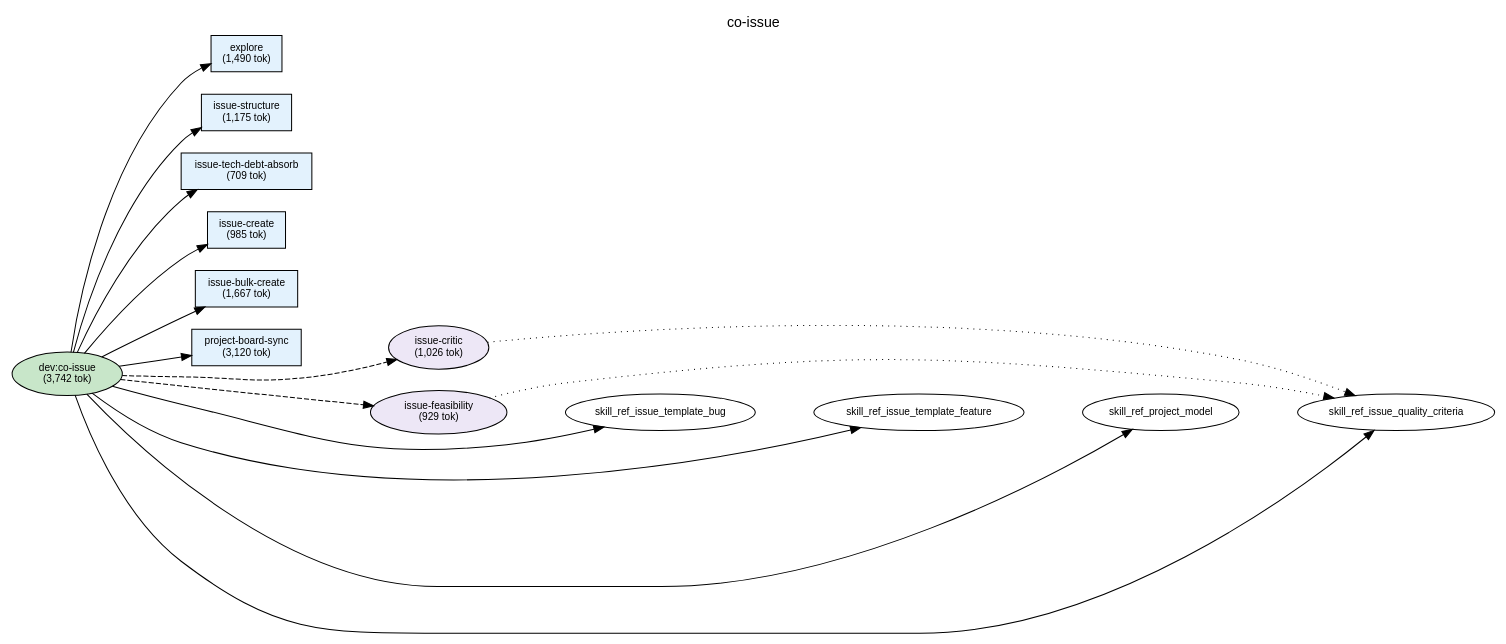
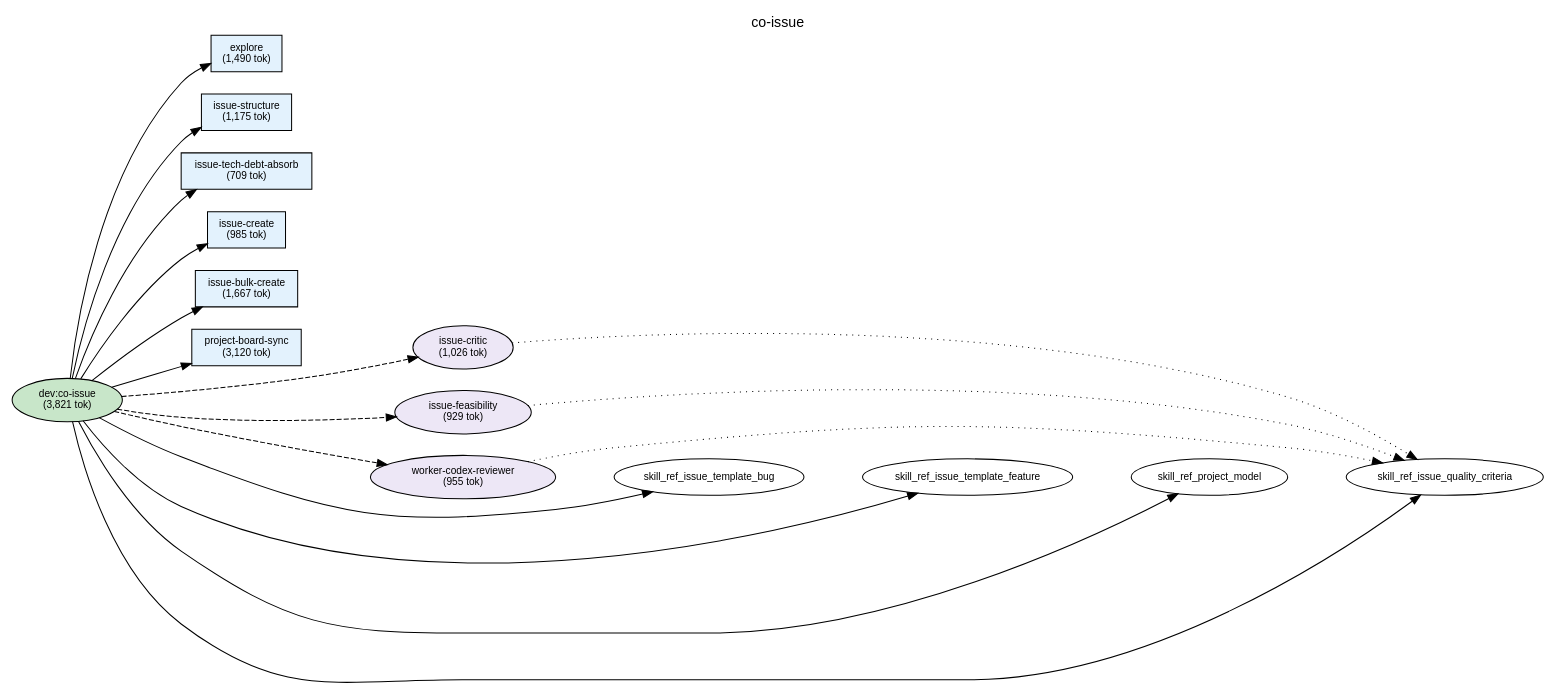
The diagram in plugins/dev/docs/deps-co-issue.dot (shuu5/twill), drawn with Graphviz before and after one commit. The commit also changed 15 other files, not shown here.

First line of the commit message:
feat(agents): worker-codex-reviewer specialist を追加し co-issue Phase 3b に統合 (#143) (#162)

```diff
--- a/plugins/dev/docs/deps-co-issue.dot
+++ b/plugins/dev/docs/deps-co-issue.dot
@@ -1,74 +1,78 @@
 digraph Dependencies {
     // Graph settings
     rankdir=LR;
     ranksep=0.8;
     nodesep=0.3;
     fontname="Helvetica";
     node [fontname="Helvetica", fontsize=10];
     edge [fontname="Helvetica", fontsize=9];
     label="co-issue";
     labelloc=t;
     fontsize=14;
 
     // L0: Controller Skills
-    skill_co_issue [label="dev:co-issue\n(3,742 tok)", shape=ellipse, style=filled, fillcolor="#c8e6c9"];
+    skill_co_issue [label="dev:co-issue\n(3,821 tok)", shape=ellipse, style=filled, fillcolor="#c8e6c9"];
 
     // L0: Launchers
 
     // L0.5: Workflow Skills
 
     // Reference Skills
 
     // L1: Direct Commands
     cmd_issue_structure [label="issue-structure\n(1,175 tok)", shape=box, style=filled, fillcolor="#e3f2fd"];
     cmd_issue_create [label="issue-create\n(985 tok)", shape=box, style=filled, fillcolor="#e3f2fd"];
     cmd_issue_bulk_create [label="issue-bulk-create\n(1,667 tok)", shape=box, style=filled, fillcolor="#e3f2fd"];
     cmd_issue_tech_debt_absorb [label="issue-tech-debt-absorb\n(709 tok)", shape=box, style=filled, fillcolor="#e3f2fd"];
     cmd_project_board_sync [label="project-board-sync\n(3,120 tok)", shape=box, style=filled, fillcolor="#e3f2fd"];
     cmd_explore [label="explore\n(1,490 tok)", shape=box, style=filled, fillcolor="#e3f2fd"];
 
     // L2: Sub Commands
 
     // L3: Agents
     agent_issue_critic [label="issue-critic\n(1,026 tok)", shape=ellipse, style=filled, fillcolor="#ede7f6"];
     agent_issue_feasibility [label="issue-feasibility\n(929 tok)", shape=ellipse, style=filled, fillcolor="#ede7f6"];
+    agent_worker_codex_reviewer [label="worker-codex-reviewer\n(955 tok)", shape=ellipse, style=filled, fillcolor="#ede7f6"];
 
     // L3.5: Scripts
 
     // L4: External
 
     // Layer constraints
     { rank=same; skill_co_issue; }
     { rank=same; cmd_issue_structure; cmd_issue_create; cmd_issue_bulk_create; cmd_issue_tech_debt_absorb; cmd_project_board_sync; cmd_explore; }
-    { rank=same; agent_issue_critic; agent_issue_feasibility; }
+    { rank=same; agent_issue_critic; agent_issue_feasibility; agent_worker_codex_reviewer; }
 
     // Edges
     skill_co_issue -> cmd_explore;
     skill_co_issue -> cmd_issue_structure;
     skill_co_issue -> cmd_issue_tech_debt_absorb;
     skill_co_issue -> cmd_issue_create;
     skill_co_issue -> cmd_issue_bulk_create;
     skill_co_issue -> cmd_project_board_sync;
     skill_co_issue -> agent_issue_critic [style=dashed];
     skill_co_issue -> agent_issue_feasibility [style=dashed];
+    skill_co_issue -> agent_worker_codex_reviewer [style=dashed];
     skill_co_issue -> skill_ref_issue_template_bug;
     skill_co_issue -> skill_ref_issue_template_feature;
     skill_co_issue -> skill_ref_project_model;
     skill_co_issue -> skill_ref_issue_quality_criteria;
     agent_issue_critic -> skill_ref_issue_quality_criteria [style=dotted];
     agent_issue_feasibility -> skill_ref_issue_quality_criteria [style=dotted];
+    agent_worker_codex_reviewer -> skill_ref_issue_quality_criteria [style=dotted];
 
     // Ordering constraints (invisible edges)
     cmd_explore -> cmd_issue_structure [style=invis, weight=10];
     cmd_issue_structure -> cmd_issue_tech_debt_absorb [style=invis, weight=10];
     cmd_issue_tech_debt_absorb -> cmd_issue_create [style=invis, weight=10];
     cmd_issue_create -> cmd_issue_bulk_create [style=invis, weight=10];
     cmd_issue_bulk_create -> cmd_project_board_sync [style=invis, weight=10];
     cmd_project_board_sync -> agent_issue_critic [style=invis, weight=10];
     agent_issue_critic -> agent_issue_feasibility [style=invis, weight=10];
-    agent_issue_feasibility -> skill_ref_issue_template_bug [style=invis, weight=10];
+    agent_issue_feasibility -> agent_worker_codex_reviewer [style=invis, weight=10];
+    agent_worker_codex_reviewer -> skill_ref_issue_template_bug [style=invis, weight=10];
     skill_ref_issue_template_bug -> skill_ref_issue_template_feature [style=invis, weight=10];
     skill_ref_issue_template_feature -> skill_ref_project_model [style=invis, weight=10];
     skill_ref_project_model -> skill_ref_issue_quality_criteria [style=invis, weight=10];
 
 }
```
